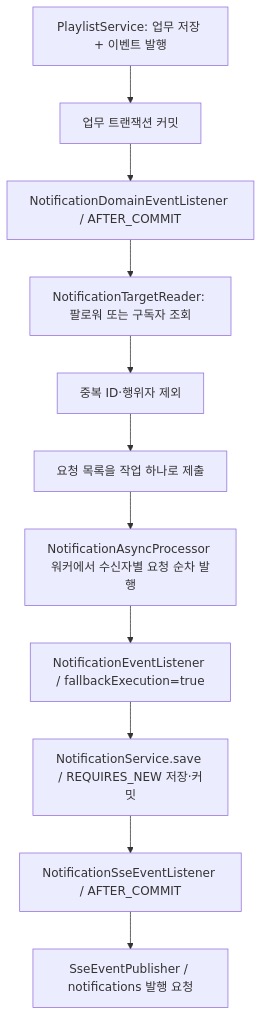
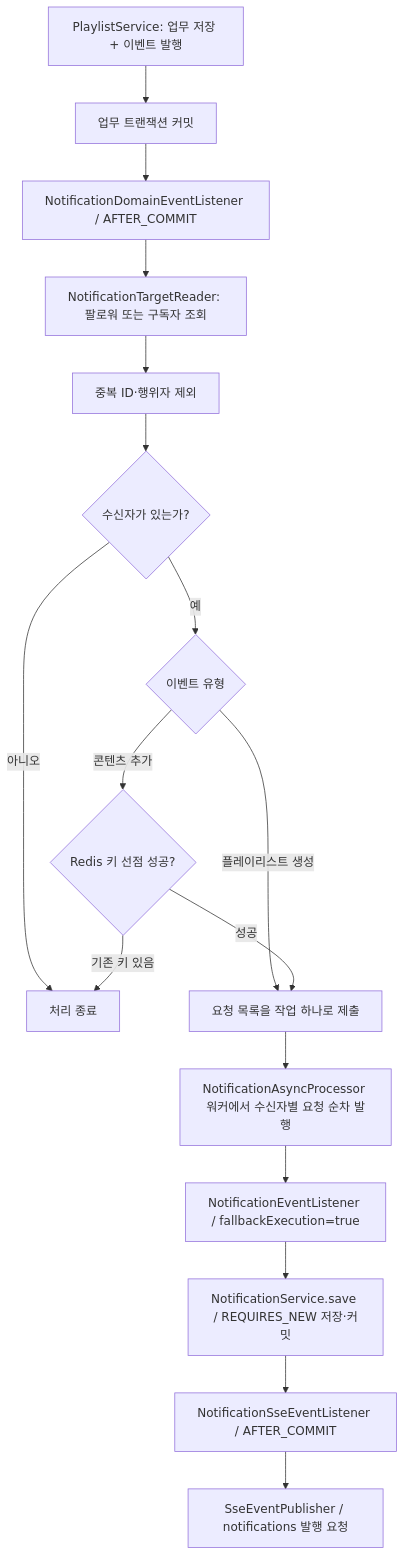
The diagram in docs/notification/09-playlist-event-integration.md (codeit-backend13-part4-team1/playlist_for_everyone), drawn with Mermaid before and after one commit. The commit also changed other lines of this file and 3 other files, not shown here.

````diff
--- a/docs/notification/09-playlist-event-integration.md
+++ b/docs/notification/09-playlist-event-integration.md
@@ -48,13 +48,19 @@
 ```mermaid
 flowchart TD
     A["PlaylistService: 업무 저장 + 이벤트 발행"] --> B["업무 트랜잭션 커밋"]
     B --> C["NotificationDomainEventListener / AFTER_COMMIT"]
     C --> D["NotificationTargetReader: 팔로워 또는 구독자 조회"]
     D --> E["중복 ID·행위자 제외"]
-    E --> F["요청 목록을 작업 하나로 제출"]
+    E --> R{"수신자가 있는가?"}
+    R -->|아니오| END["처리 종료"]
+    R -->|예| TYPE{"이벤트 유형"}
+    TYPE -->|플레이리스트 생성| F["요청 목록을 작업 하나로 제출"]
+    TYPE -->|콘텐츠 추가| RESERVE{"Redis 키 선점 성공?"}
+    RESERVE -->|성공| F
+    RESERVE -->|기존 키 있음| END
     F --> W["NotificationAsyncProcessor 워커에서 수신자별 요청 순차 발행"]
     W --> G["NotificationEventListener / fallbackExecution=true"]
     G --> H["NotificationService.save / REQUIRES_NEW 저장·커밋"]
     H --> I["NotificationSseEventListener / AFTER_COMMIT"]
     I --> J["SseEventPublisher / notifications 발행 요청"]
 ```
````
